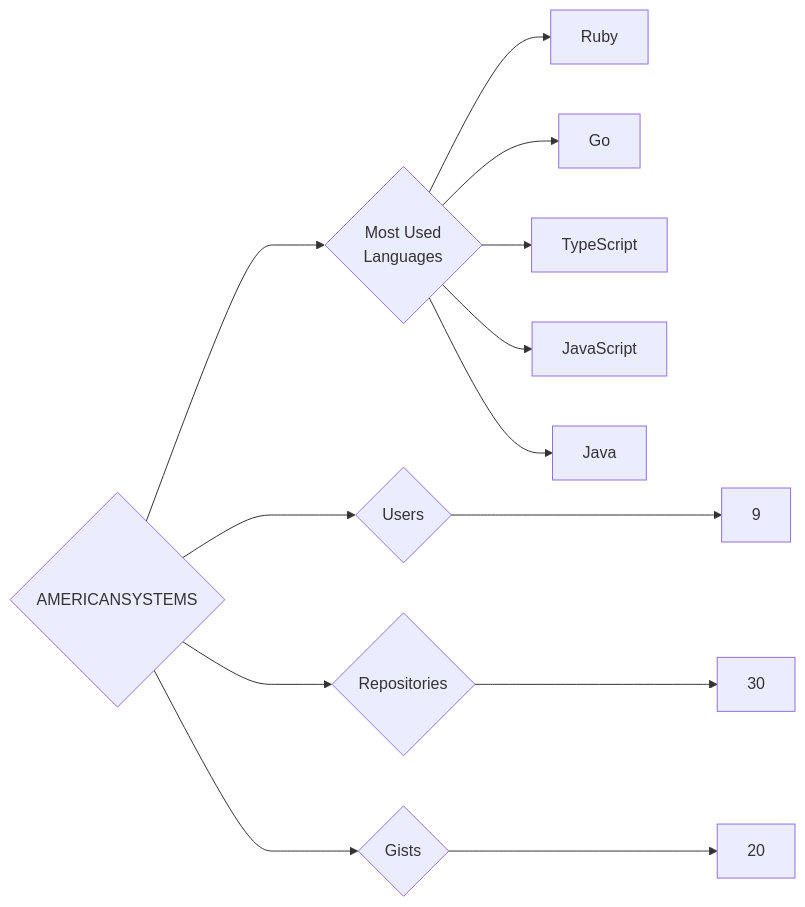
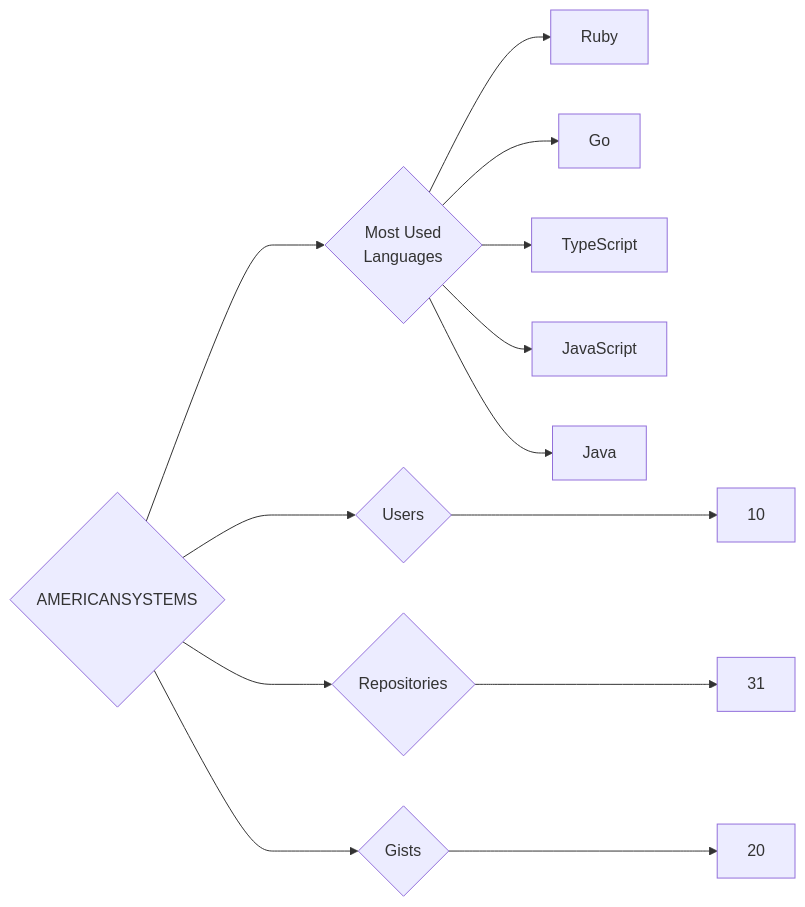
One commit to trickest/insiders changed the diagram in targets/AMERICANSYSTEMS/README.md. Above: the diagram before and after it, drawn with Mermaid. The commit also changed 1084 other files, not shown here.

````diff
--- a/targets/AMERICANSYSTEMS/README.md
+++ b/targets/AMERICANSYSTEMS/README.md
@@ -3,13 +3,13 @@
 ```mermaid
 graph LR
 COMPANY_NAME{AMERICANSYSTEMS}
-COMPANY_NAME ---> U{Users} ---> UN[9]
-COMPANY_NAME ---> R{Repositories} ---> RN[30]
+COMPANY_NAME ---> U{Users} ---> UN[10]
+COMPANY_NAME ---> R{Repositories} ---> RN[31]
 COMPANY_NAME ---> G{Gists} ---> GN[20]
 COMPANY_NAME ---> ML{Most Used<br>Languages}
 ML --> Ruby[Ruby]
 ML --> Go[Go]
 ML --> TypeScript[TypeScript]
 ML --> JavaScript[JavaScript]
 ML --> Java[Java]
 ```
````
